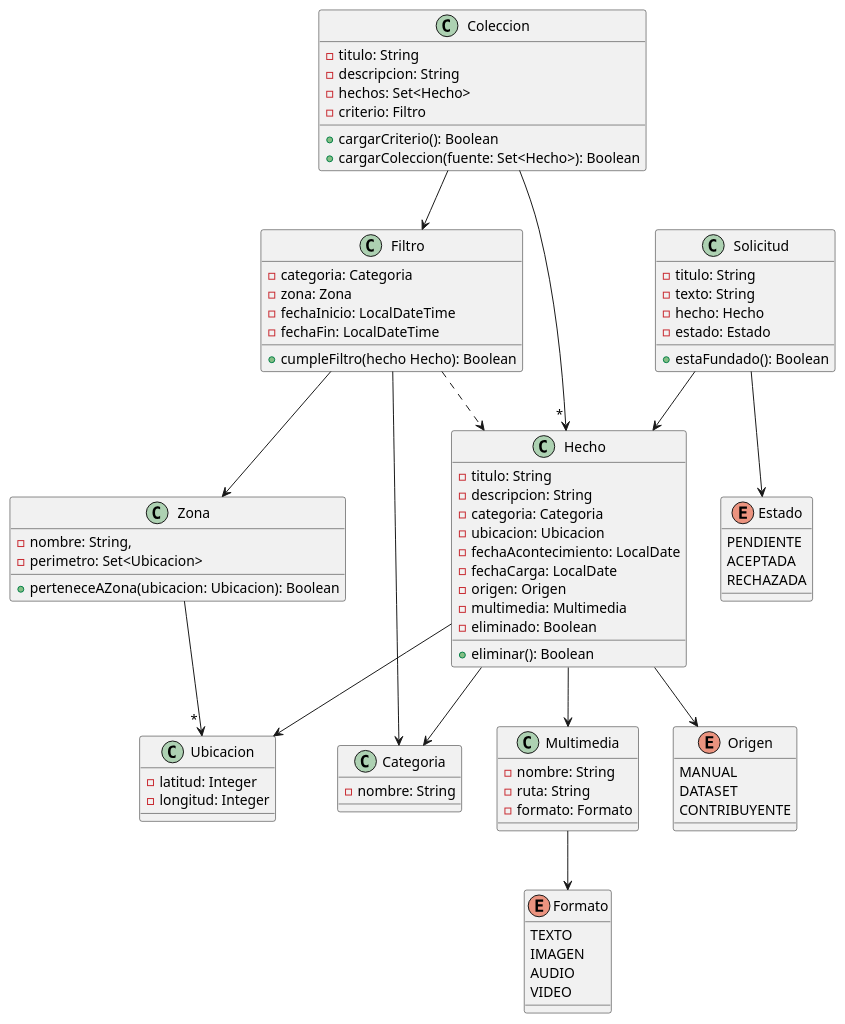
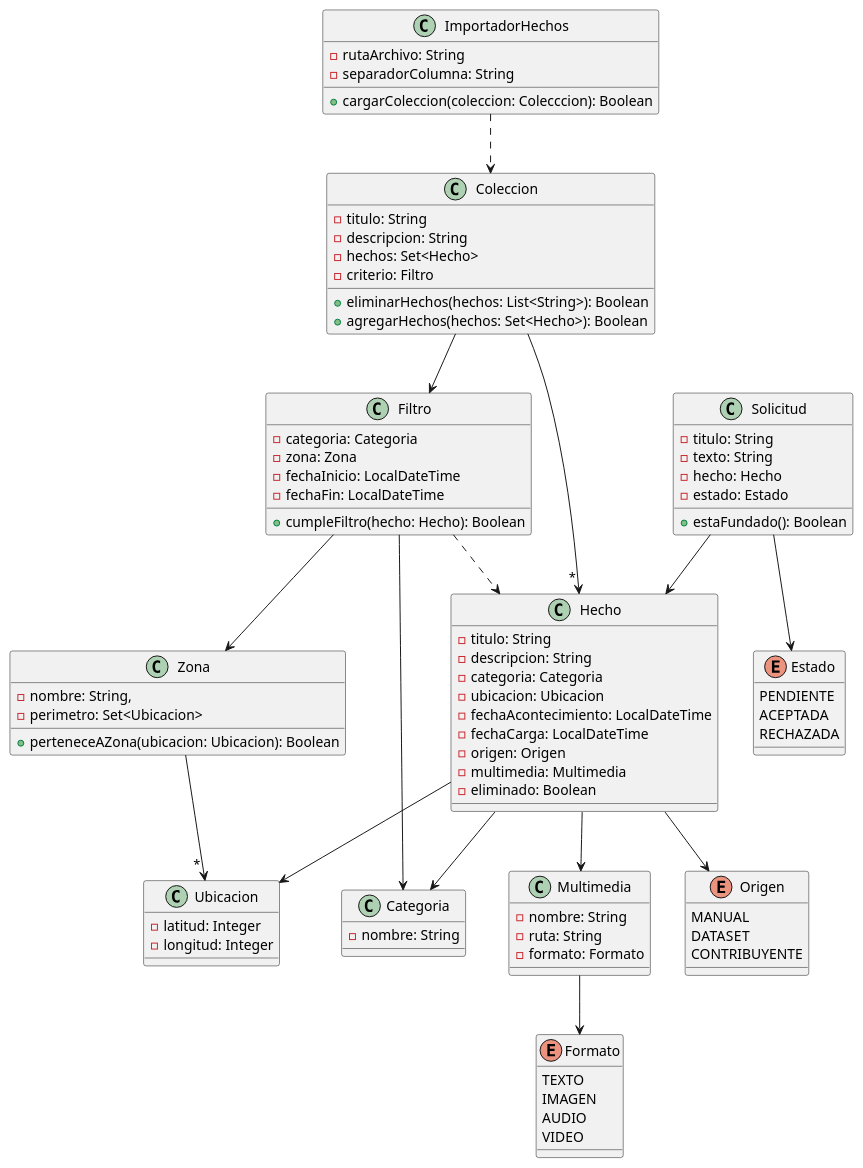
The diagram in docs/diagrama_de_clases.puml (Leo-de-Riv3r/2025-tpa-ma-ma-grupo-02-deploy), drawn with PlantUML before and after one commit. The commit also changed 3 other files, not shown here.

Commit message:
actualizo decisiones diseñoo, diagrama de clases, consigna y README

```diff
--- a/docs/diagrama_de_clases.puml
+++ b/docs/diagrama_de_clases.puml
@@ -10,101 +10,108 @@
 @startuml
 'https://plantuml.com/class-diagram
 
 Multimedia --> Formato
 
 Hecho --> Categoria
 Hecho --> Ubicacion
 Hecho --> Origen
 Hecho --> Multimedia
 
 Zona --> " * " Ubicacion
 
 Filtro --> Zona
 Filtro --> Categoria
 Filtro ..> Hecho
 
 Coleccion --> " * " Hecho
 Coleccion --> Filtro
 
 Solicitud --> Hecho
 Solicitud --> Estado
+
+ImportadorHechos ..> Coleccion
 
 class Categoria {
     - nombre: String
 }
 
 class Ubicacion {
     - latitud: Integer
     - longitud: Integer
 }
 
 enum Origen {
     MANUAL
     DATASET
     CONTRIBUYENTE
 }
 
 enum Formato {
     TEXTO
     IMAGEN
     AUDIO
     VIDEO
 }
 
 class Multimedia {
     - nombre: String
     - ruta: String
     - formato: Formato
 }
 
 class Hecho {
     - titulo: String
     - descripcion: String
     - categoria: Categoria
     - ubicacion: Ubicacion
-    - fechaAcontecimiento: LocalDate
-    - fechaCarga: LocalDate
+    - fechaAcontecimiento: LocalDateTime
+    - fechaCarga: LocalDateTime
     - origen: Origen
     - multimedia: Multimedia
     - eliminado: Boolean
-    + eliminar(): Boolean
 }
 
 class Zona {
     - nombre: String,
     - perimetro: Set<Ubicacion>
     + perteneceAZona(ubicacion: Ubicacion): Boolean
 }
 
 class Filtro {
     - categoria: Categoria
     - zona: Zona
     - fechaInicio: LocalDateTime
     - fechaFin: LocalDateTime
-    + cumpleFiltro(hecho Hecho): Boolean
+    + cumpleFiltro(hecho: Hecho): Boolean
 }
 
 class Coleccion {
     - titulo: String
     - descripcion: String
     - hechos: Set<Hecho>
     - criterio: Filtro
-    + cargarCriterio(): Boolean
-    + cargarColeccion(fuente: Set<Hecho>): Boolean
+    + eliminarHechos(hechos: List<String>): Boolean
+    + agregarHechos(hechos: Set<Hecho>): Boolean
 }
 
 enum Estado {
     PENDIENTE
     ACEPTADA
     RECHAZADA
 }
 
 class Solicitud {
    - titulo: String
    - texto: String
    - hecho: Hecho
    - estado: Estado
    + estaFundado(): Boolean
 }
 
+class ImportadorHechos {
+    - rutaArchivo: String
+    - separadorColumna: String
+    + cargarColeccion(coleccion: Colecccion): Boolean
+}
+
 @enduml
```
